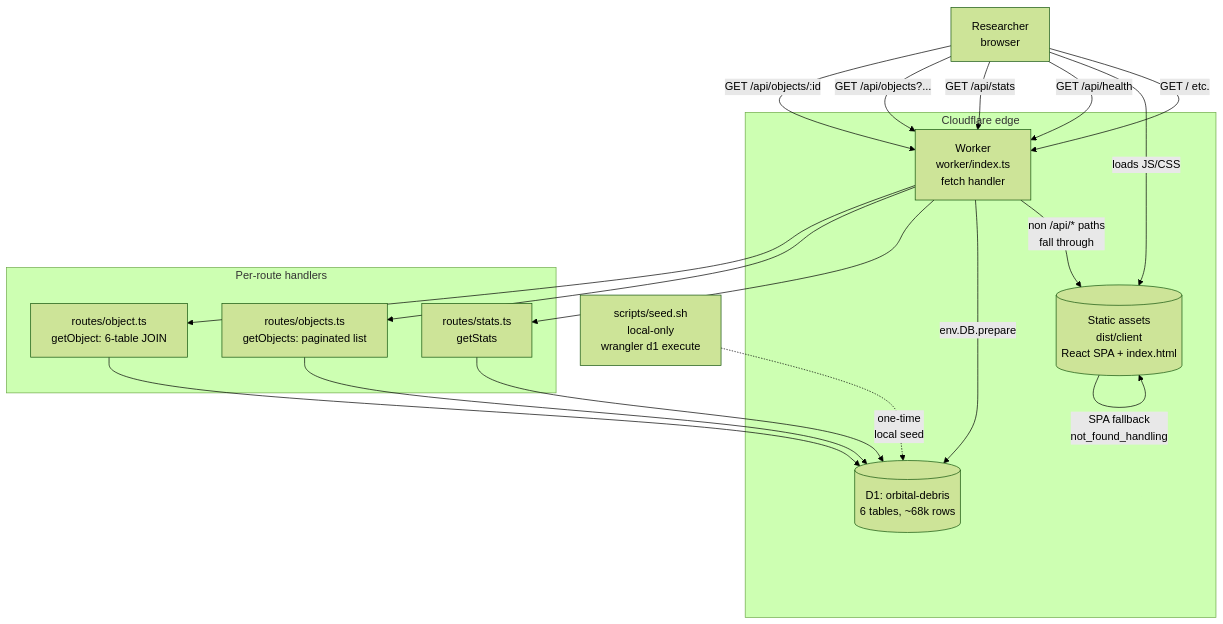
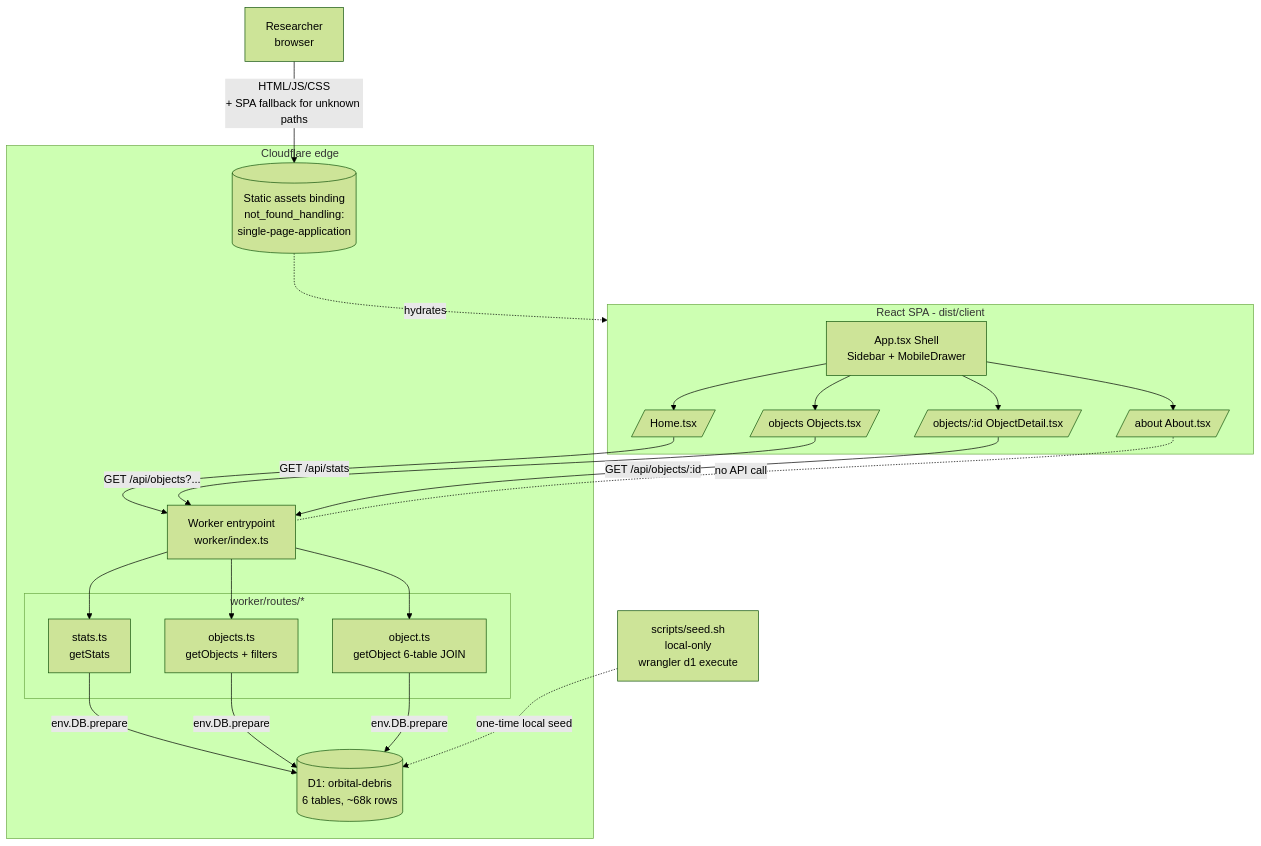
The diagram in docs/architecture.md (sithid/orbital-debris-dashboard), drawn with Mermaid (forest theme) before and after one commit. The commit also changed other lines of this file and 11 other files, not shown here.

First line of the commit message:
phase 4: about page, sidebar nav, mobile drawer, and SPA fallback fix

````diff
--- a/docs/architecture.md
+++ b/docs/architecture.md
@@ -7,37 +7,45 @@
 ```mermaid
 flowchart TD
     User[Researcher<br/>browser]
 
-    subgraph CF[Cloudflare edge]
-      Worker[Worker<br/>worker/index.ts<br/>fetch handler]
-      Assets[(Static assets<br/>dist/client<br/>React SPA + index.html)]
-      D1[(D1: orbital-debris<br/>6 tables, ~68k rows)]
+    subgraph SPA[React SPA - dist/client]
+      Shell[App.tsx Shell<br/>Sidebar + MobileDrawer]
+      RHome[/ Home.tsx/]
+      RObjects[/objects Objects.tsx/]
+      RDetail[/objects/:id ObjectDetail.tsx/]
+      RAbout[/about About.tsx/]
+      Shell --> RHome
+      Shell --> RObjects
+      Shell --> RDetail
+      Shell --> RAbout
     end
 
-    User -->|GET / etc.| Worker
-    Worker -->|non /api/* paths<br/>fall through| Assets
-    Assets -->|SPA fallback<br/>not_found_handling| Assets
-    User -->|loads JS/CSS| Assets
+    subgraph CF[Cloudflare edge]
+      Worker[Worker entrypoint<br/>worker/index.ts]
+      Assets[(Static assets binding<br/>not_found_handling:<br/>single-page-application)]
+      D1[(D1: orbital-debris<br/>6 tables, ~68k rows)]
 
-    User -->|GET /api/health| Worker
-    User -->|GET /api/stats| Worker
-    User -->|GET /api/objects?...| Worker
-    User -->|GET /api/objects/:id| Worker
+      subgraph Routes[worker/routes/*]
+        Stats[stats.ts<br/>getStats]
+        Objects[objects.ts<br/>getObjects + filters]
+        Object[object.ts<br/>getObject 6-table JOIN]
+      end
+    end
 
-    Worker -->|env.DB.prepare| D1
+    User -->|HTML/JS/CSS<br/>+ SPA fallback for unknown paths| Assets
+    Assets -.->|hydrates| SPA
 
-    subgraph Routes[Per-route handlers]
-      Stats[routes/stats.ts<br/>getStats]
-      Objects[routes/objects.ts<br/>getObjects: paginated list]
-      Object[routes/object.ts<br/>getObject: 6-table JOIN]
-    end
+    RHome -->|GET /api/stats| Worker
+    RObjects -->|GET /api/objects?...| Worker
+    RDetail -->|GET /api/objects/:id| Worker
+    RAbout -. no API call .- Worker
 
     Worker --> Stats
     Worker --> Objects
     Worker --> Object
-    Stats --> D1
-    Objects --> D1
-    Object --> D1
+    Stats -->|env.DB.prepare| D1
+    Objects -->|env.DB.prepare| D1
+    Object -->|env.DB.prepare| D1
 
-    Seed[scripts/seed.sh<br/>local-only<br/>wrangler d1 execute] -.->|one-time<br/>local seed| D1
+    Seed[scripts/seed.sh<br/>local-only<br/>wrangler d1 execute] -.->|one-time local seed| D1
 ```
````
